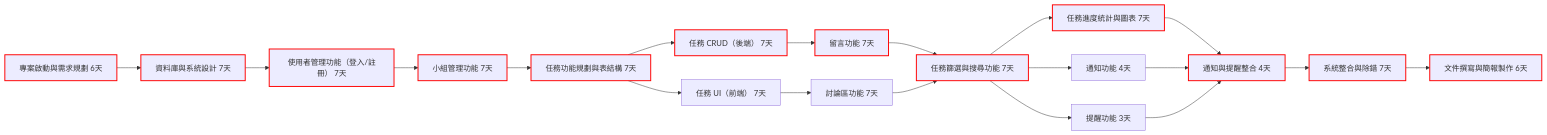
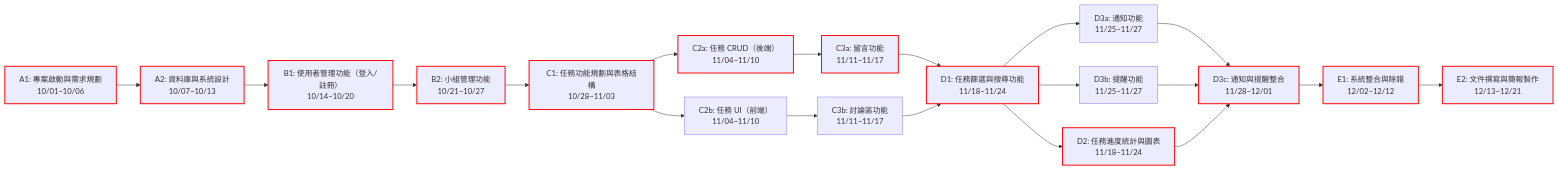
One commit to zhuang147/Task-Management changed the second of 2 diagrams in schedule.md. Above: the diagram before and after it, drawn with Mermaid.

````diff
--- a/schedule.md
+++ b/schedule.md
@@ -80,35 +80,38 @@
 ```mermaid
-graph LR
+flowchart LR
+    %% 定義紅色線條 class
+    classDef redLine stroke:#ff0000,stroke-width:2px;
+
     %% 階段一
-    A1[專案啟動與需求規劃 6天] --> A2[資料庫與系統設計 7天]
+    A1["A1: 專案啟動與需求規劃<br>10/01~10/06"] --> A2["A2: 資料庫與系統設計<br>10/07~10/13"]
 
     %% 階段二
-    A2 --> B1[使用者管理功能（登入/註冊） 7天]
-    B1 --> B2[小組管理功能 7天]
+    A2 --> B1["B1: 使用者管理功能（登入/註冊）<br>10/14~10/20"]
+    B1 --> B2["B2: 小組管理功能<br>10/21~10/27"]
 
     %% 階段三
-    B2 --> C1[任務功能規劃與表結構 7天]
-    C1 --> C2a[任務 CRUD（後端） 7天]
-    C1 --> C2b[任務 UI（前端） 7天]
-    C2a --> C3a[留言功能 7天]
-    C2b --> C3b[討論區功能 7天]
+    B2 --> C1["C1: 任務功能規劃與表格結構<br>10/28~11/03"]
+    C1 --> C2a["C2a: 任務 CRUD（後端）<br>11/04~11/10"]
+    C1 --> C2b["C2b: 任務 UI（前端）<br>11/04~11/10"]
+    C2a --> C3a["C3a: 留言功能<br>11/11~11/17"]
+    C2b --> C3b["C3b: 討論區功能<br>11/11~11/17"]
 
     %% 階段四
-    C3a --> D1[任務篩選與搜尋功能 7天]
+    C3a --> D1["D1: 任務篩選與搜尋功能<br>11/18~11/24"]
     C3b --> D1
-    D1 --> D2[任務進度統計與圖表 7天]
-    D1 --> D3a[通知功能 4天]
-    D1 --> D3b[提醒功能 3天]
-    D2 --> D3c[通知與提醒整合 4天]
-    D3a --> D3c
+    D1 --> D2["D2: 任務進度統計與圖表<br>11/18~11/24"]
+    D1 --> D3a["D3a: 通知功能<br>11/25~11/27"]
+    D1 --> D3b["D3b: 提醒功能<br>11/25~11/27"]
+
+    %% D2 也連到 D3c
+    D3a --> D3c["D3c: 通知與提醒整合<br>11/28~12/01"]
     D3b --> D3c
+    D2 --> D3c
 
     %% 階段五
-    D3c --> E1[系統整合與除錯 7天]
-    E1 --> E2[文件撰寫與簡報製作 6天]
+    D3c --> E1["E1: 系統整合與除錯<br>12/02~12/12"]
+    E1 --> E2["E2: 文件撰寫與簡報製作<br>12/13~12/21"]
 
-    %% 關鍵路徑（紅色粗線）
-    classDef criticalPath stroke:#f00,stroke-width:2px;
-    class A1,A2,B1,B2,C1,C2a,C3a,D1,D2,D3c,E1,E2 criticalPath;
-
+    %% 標記紅線 (關鍵路徑)
+    class A1,A2,B1,B2,C1,C2a,C3a,D1,D2,D3c,E1,E2 redLine;
 ```
````
